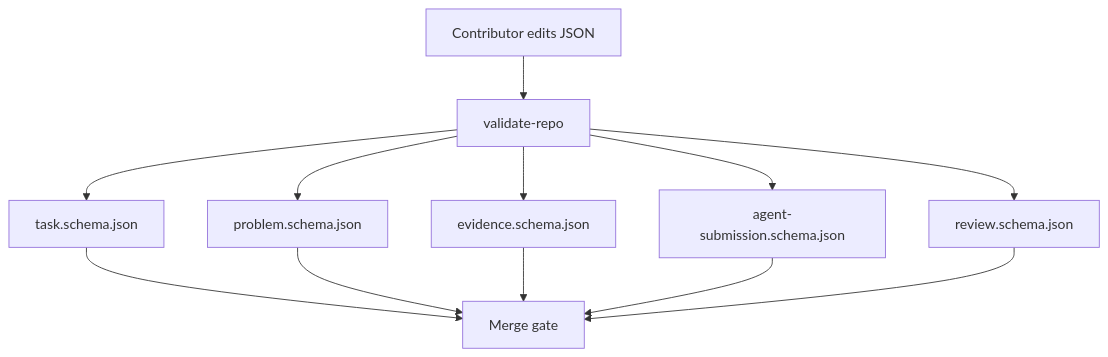
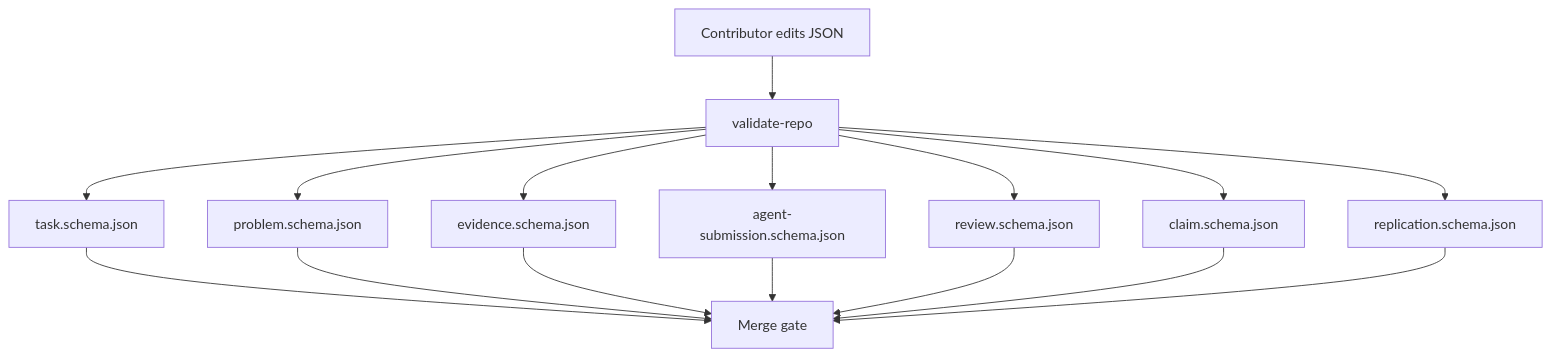
Before and after one commit to Open-Problem-Lab/open-problem-lab: the first of 3 diagrams in schemas/AGENTS.md, drawn with Mermaid. The commit also changed other lines of this file and 18 other files, not shown here.

First line of the commit message:
feat: add claim and replication schemas — the core thesis objects

````diff
--- a/schemas/AGENTS.md
+++ b/schemas/AGENTS.md
@@ -19,14 +21,18 @@
 ```mermaid
 flowchart TD
   A["Contributor edits JSON"] --> B["validate-repo"]
   B --> C["task.schema.json"]
   B --> D["problem.schema.json"]
   B --> E["evidence.schema.json"]
   B --> F["agent-submission.schema.json"]
   B --> G["review.schema.json"]
+  B --> CL["claim.schema.json"]
+  B --> R["replication.schema.json"]
   C --> H["Merge gate"]
   D --> H
   E --> H
   F --> H
   G --> H
+  CL --> H
+  R --> H
 ```
````
